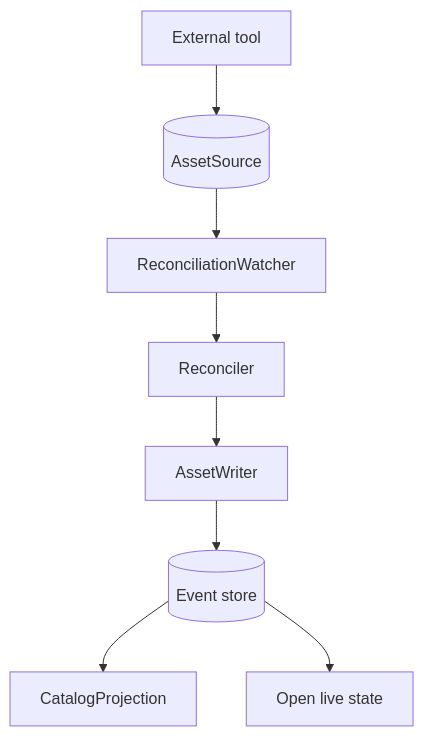
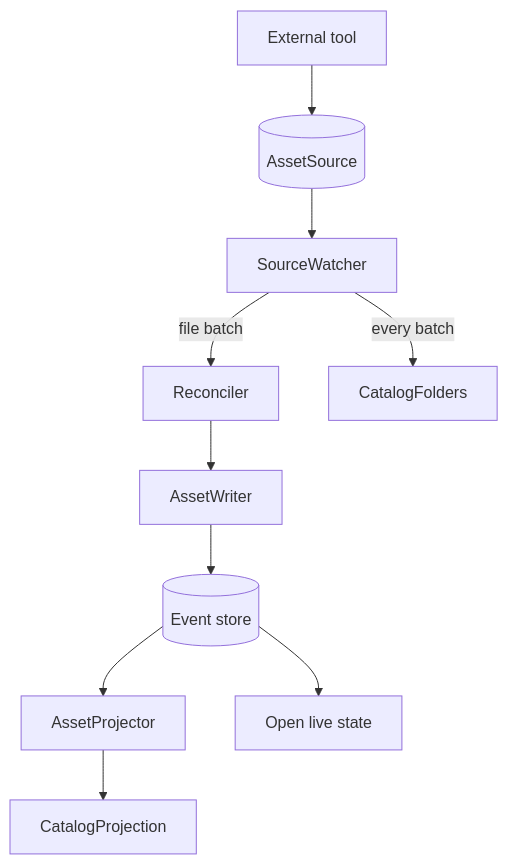
The second of 2 diagrams in packages/asset-server/architecture/RoomsAndReconciliation.md (JollyPixel/editor), drawn with Mermaid before and after one commit. The commit also changed other lines of this file and 91 other files, not shown here.

````diff
--- a/packages/asset-server/architecture/RoomsAndReconciliation.md
+++ b/packages/asset-server/architecture/RoomsAndReconciliation.md
@@ -32,10 +34,12 @@
 ```mermaid
 flowchart TB
     Tool["External tool"] --> Source[("AssetSource")]
-    Source --> Watcher["ReconciliationWatcher"]
-    Watcher --> Reconciler["Reconciler"]
+    Source --> Watcher["SourceWatcher"]
+    Watcher -->|"file batch"| Reconciler["Reconciler"]
+    Watcher -->|"every batch"| Folders["CatalogFolders"]
     Reconciler --> Writer["AssetWriter"]
     Writer --> Store[("Event store")]
-    Store --> Catalog["CatalogProjection"]
+    Store --> Projector["AssetProjector"]
+    Projector --> Catalog["CatalogProjection"]
     Store --> State["Open live state"]
 ```
````
